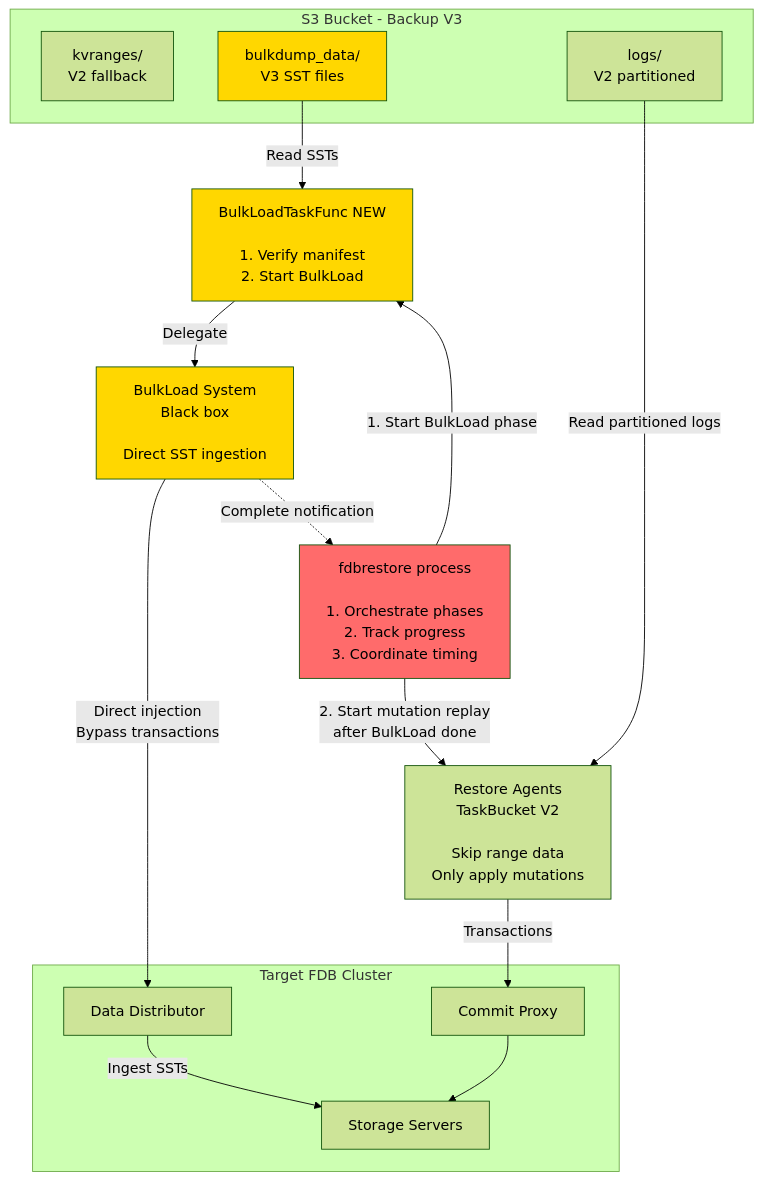
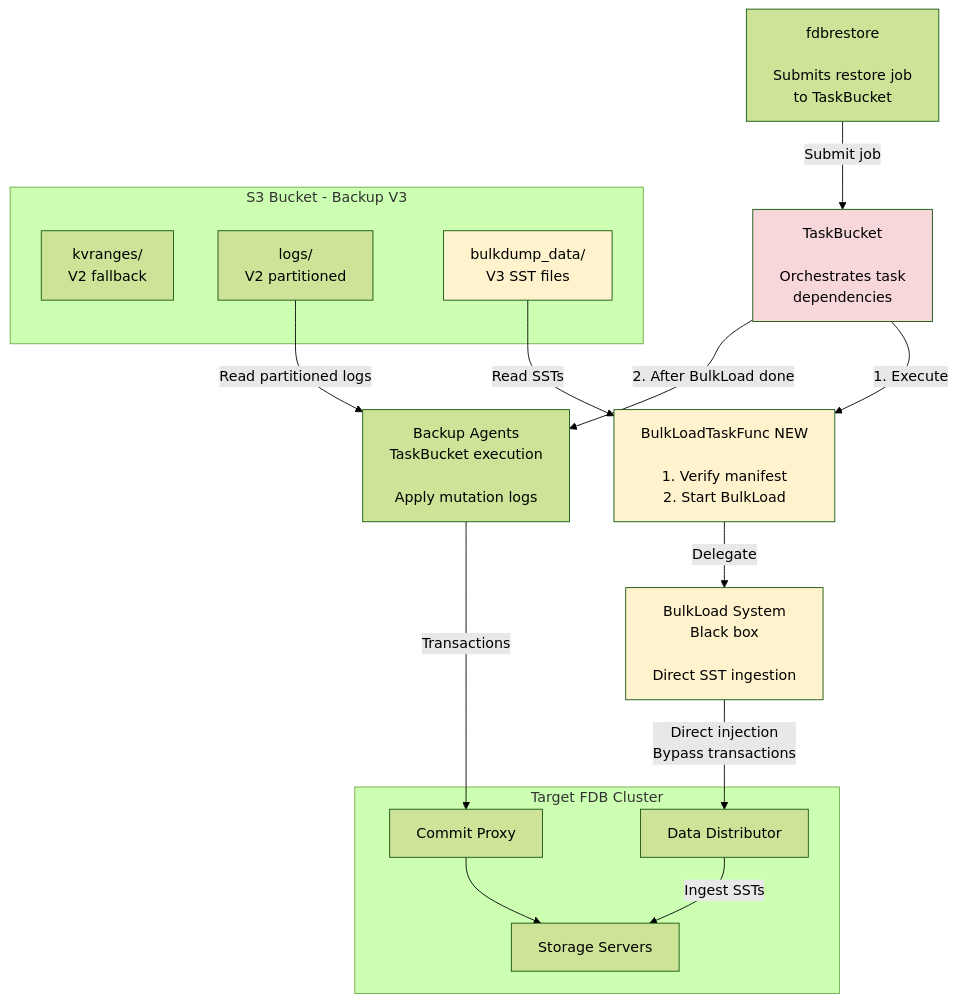
Before and after one commit to apple/foundationdb: the fourth of 4 diagrams in design/bulkload-restore-integration.md, drawn with Mermaid (forest theme). The commit also changed other lines of this file and 1 other file, not shown here.

````diff
--- a/design/bulkload-restore-integration.md
+++ b/design/bulkload-restore-integration.md
@@ -354,40 +355,42 @@
 ```mermaid
 graph TB
     subgraph S3_Backup_V3["S3 Bucket - Backup V3"]
         RF3["kvranges/<br/>V2 fallback"]
         ML3["logs/<br/>V2 partitioned"]
         BD3["bulkdump_data/<br/>V3 SST files"]
     end
     
-    RC["fdbrestore process<br/><br/>1. Orchestrate phases<br/>2. Track progress<br/>3. Coordinate timing"]
+    RC["fdbrestore<br/><br/>Submits restore job<br/>to TaskBucket"]
+    
+    TB["TaskBucket<br/><br/>Orchestrates task<br/>dependencies"]
     
     BLTF["BulkLoadTaskFunc NEW<br/><br/>1. Verify manifest<br/>2. Start BulkLoad"]
     
     BLS["BulkLoad System<br/>Black box<br/><br/>Direct SST ingestion"]
     
-    RA3["Restore Agents<br/>TaskBucket V2<br/><br/>Skip range data<br/>Only apply mutations"]
+    RA3["Backup Agents<br/>TaskBucket execution<br/><br/>Apply mutation logs"]
     
     subgraph Target_Cluster_V3["Target FDB Cluster"]
         DD3[Data Distributor]
         SS3[Storage Servers]
         CP3[Commit Proxy]
     end
     
+    RC -->|Submit job| TB
+    TB -->|1. Execute| BLTF
     BD3 -->|Read SSTs| BLTF
     BLTF -->|Delegate| BLS
     BLS -->|Direct injection<br/>Bypass transactions| DD3
     DD3 -->|Ingest SSTs| SS3
     
-    RC -->|1. Start BulkLoad phase| BLTF
-    BLS -.->|Complete notification| RC
-    RC -->|2. Start mutation replay<br/>after BulkLoad done| RA3
+    TB -->|2. After BulkLoad done| RA3
     
     ML3 -->|Read partitioned logs| RA3
     RA3 -->|Transactions| CP3
     CP3 --> SS3
     
-    style BLTF fill:#FFD700
-    style BLS fill:#FFD700
-    style BD3 fill:#FFD700
-    style RC fill:#FF6B6B
+    style BLTF fill:#FFF3CD
+    style BLS fill:#FFF3CD
+    style BD3 fill:#FFF3CD
+    style TB fill:#F8D7DA
 ```
````
